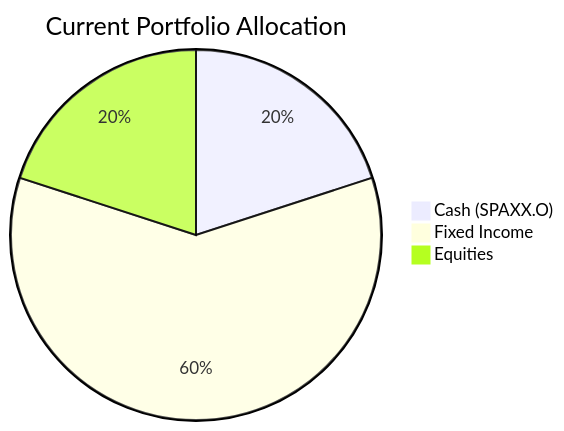
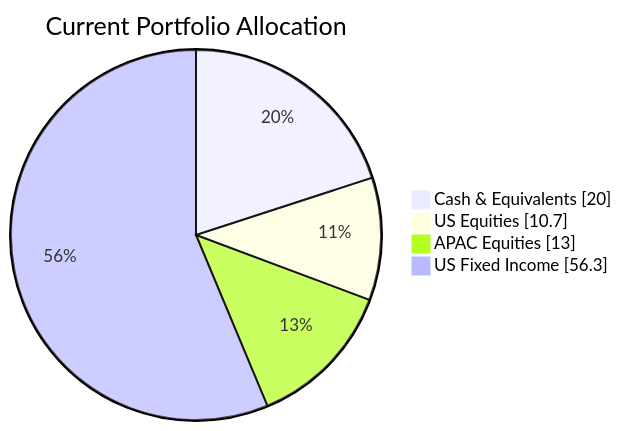
Before and after one commit to roger249/Bot-collaboration: the first of 2 diagrams in docs/sample outputs/client_product_fit_analysis_wl-2.md, drawn with Mermaid. The commit also changed other lines of this file and 16 other files, not shown here.

````diff
--- a/docs/sample outputs/client_product_fit_analysis_wl-2.md
+++ b/docs/sample outputs/client_product_fit_analysis_wl-2.md
@@ -44,6 +58,8 @@
 ```mermaid
-pie title Current Portfolio Allocation
-    "Cash (SPAXX.O)" : 20
-    "Fixed Income" : 60
-    "Equities" : 20
+pie showData
+    title Current Portfolio Allocation
+    "Cash & Equivalents" : 20.0
+    "US Equities" : 10.7
+    "APAC Equities" : 13.0
+    "US Fixed Income" : 56.3
 ```
````
